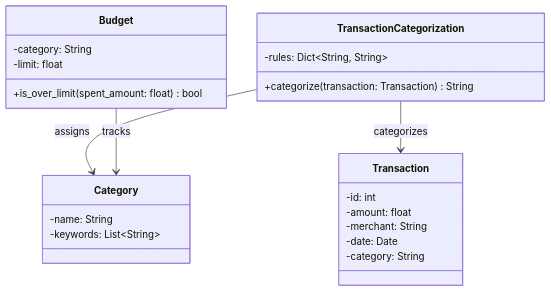
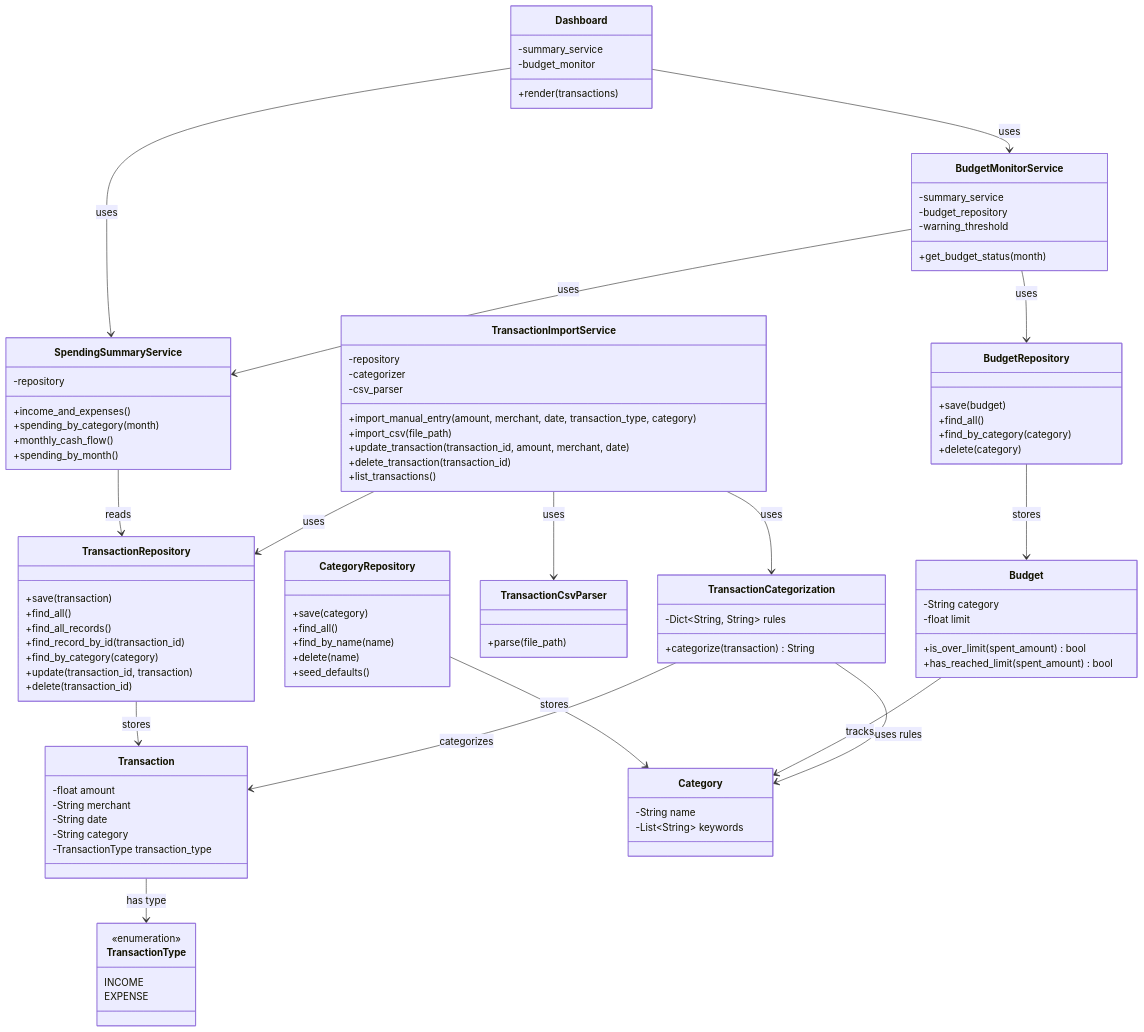
Before and after one commit to Archacez/cen5064-project-severino: the third of 4 diagrams in README.md, drawn with Mermaid. The commit also changed other lines of this file, not shown here.

First line of the commit message:
Revise C4 and UML diagrams in README

````diff
--- a/README.md
+++ b/README.md
@@ -135,31 +186,114 @@
 ```mermaid
-%% Class diagram: your 3–4 core domain classes.
 classDiagram
     class Transaction {
-        -id: int
-        -amount: float
-        -merchant: String
-        -date: Date
-        -category: String
+        -float amount
+        -String merchant
+        -String date
+        -String category
+        -TransactionType transaction_type
+    }
+
+    class TransactionType {
+        <<enumeration>>
+        INCOME
+        EXPENSE
     }
 
     class Category {
-        -name: String
-        -keywords: List~String~
+        -String name
+        -List~String~ keywords
     }
 
     class Budget {
-        -category: String
-        -limit: float
-        +is_over_limit(spent_amount: float) bool
+        -String category
+        -float limit
+        +is_over_limit(spent_amount) bool
+        +has_reached_limit(spent_amount) bool
     }
 
     class TransactionCategorization {
-        -rules: Dict~String, String~
-        +categorize(transaction: Transaction) String
+        -Dict~String, String~ rules
+        +categorize(transaction) String
     }
 
+    class TransactionImportService {
+        -repository
+        -categorizer
+        -csv_parser
+        +import_manual_entry(amount, merchant, date, transaction_type, category)
+        +import_csv(file_path)
+        +update_transaction(transaction_id, amount, merchant, date)
+        +delete_transaction(transaction_id)
+        +list_transactions()
+    }
+
+    class SpendingSummaryService {
+        -repository
+        +income_and_expenses()
+        +spending_by_category(month)
+        +monthly_cash_flow()
+        +spending_by_month()
+    }
+
+    class BudgetMonitorService {
+        -summary_service
+        -budget_repository
+        -warning_threshold
+        +get_budget_status(month)
+    }
+
+    class TransactionCsvParser {
+        +parse(file_path)
+    }
+
+    class TransactionRepository {
+        +save(transaction)
+        +find_all()
+        +find_all_records()
+        +find_record_by_id(transaction_id)
+        +find_by_category(category)
+        +update(transaction_id, transaction)
+        +delete(transaction_id)
+    }
+
+    class CategoryRepository {
+        +save(category)
+        +find_all()
+        +find_by_name(name)
+        +delete(name)
+        +seed_defaults()
+    }
+
+    class BudgetRepository {
+        +save(budget)
+        +find_all()
+        +find_by_category(category)
+        +delete(category)
+    }
+
+    class Dashboard {
+        -summary_service
+        -budget_monitor
+        +render(transactions)
+    }
+
+    Transaction --> TransactionType : has type
     TransactionCategorization --> Transaction : categorizes
-    TransactionCategorization --> Category : assigns
+    TransactionCategorization --> Category : uses rules
     Budget --> Category : tracks
+
+    TransactionImportService --> TransactionRepository : uses
+    TransactionImportService --> TransactionCategorization : uses
+    TransactionImportService --> TransactionCsvParser : uses
+
+    SpendingSummaryService --> TransactionRepository : reads
+    BudgetMonitorService --> SpendingSummaryService : uses
+    BudgetMonitorService --> BudgetRepository : uses
+
+    CategoryRepository --> Category : stores
+    TransactionRepository --> Transaction : stores
+    BudgetRepository --> Budget : stores
+
+    Dashboard --> SpendingSummaryService : uses
+    Dashboard --> BudgetMonitorService : uses
 ```
````
